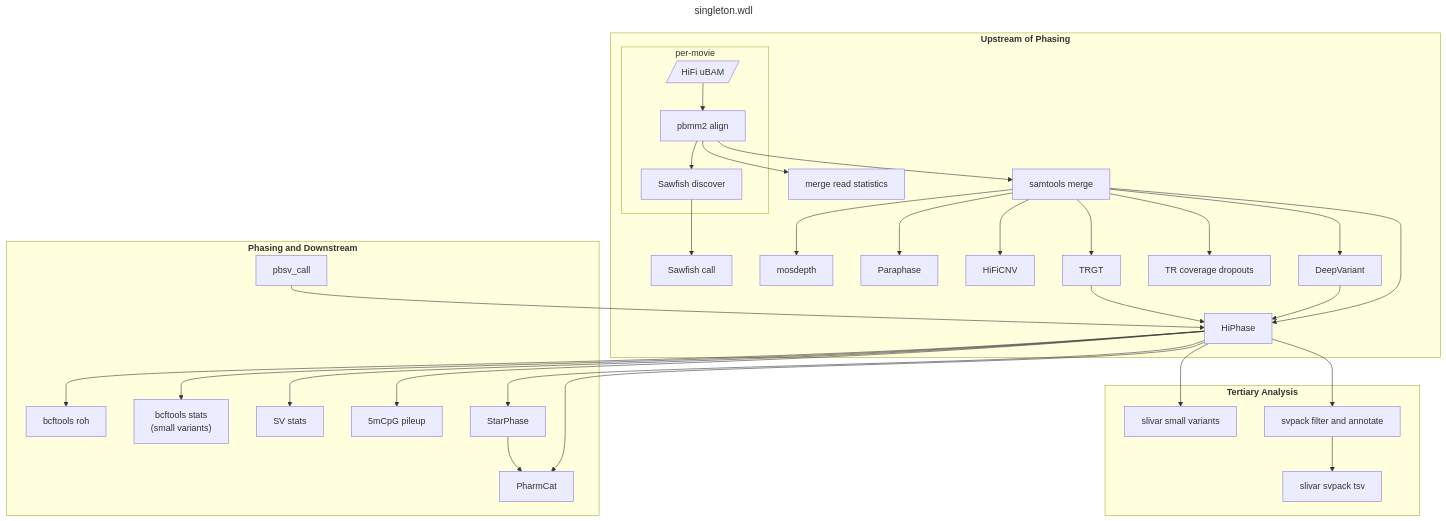
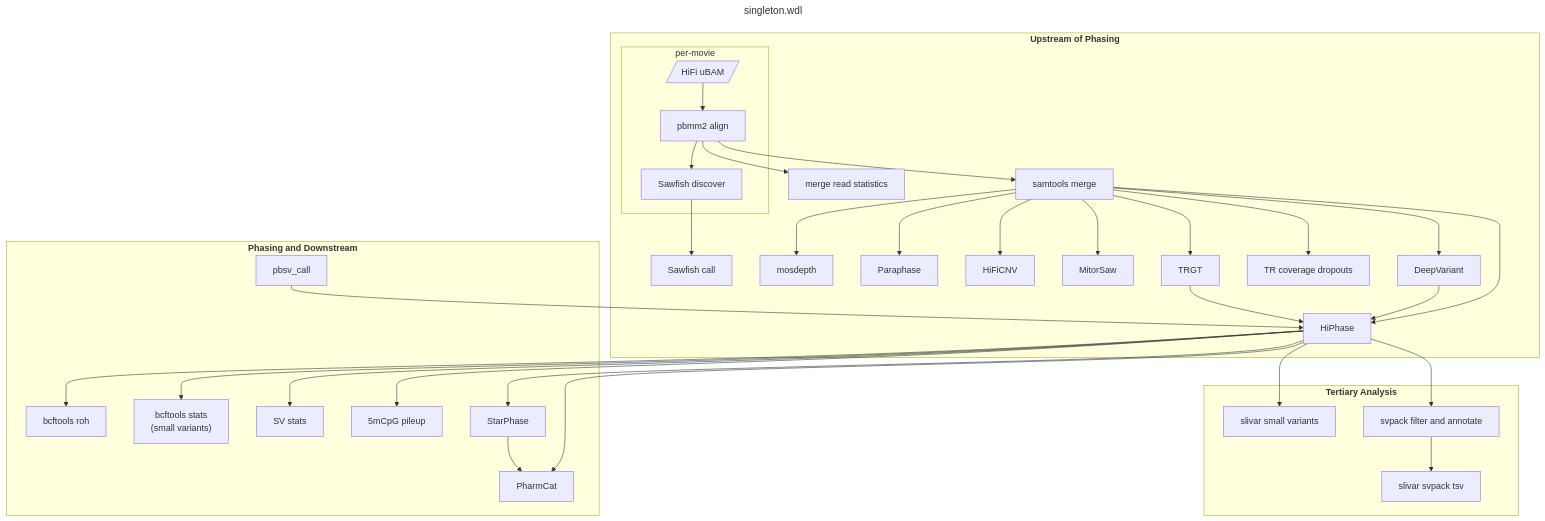
Before and after one commit to PacificBiosciences/HiFi-human-WGS-WDL: the diagram in docs/singleton.md, drawn with Mermaid. The commit also changed other lines of this file and 6 other files, not shown here.

````diff
--- a/docs/singleton.md
+++ b/docs/singleton.md
@@ -20,39 +20,40 @@
 ```mermaid
 ---
 title: singleton.wdl
 ---
 flowchart TD
   subgraph "`**Upstream of Phasing**`"
     subgraph "per-movie"
       ubam[/"HiFi uBAM"/] --> pbmm2_align["pbmm2 align"]
       pbmm2_align --> sawfish_discover["Sawfish discover"]
     end
     pbmm2_align --> merge_read_stats["merge read statistics"]
     pbmm2_align --> samtools_merge["samtools merge"]
     samtools_merge --> mosdepth["mosdepth"]
     samtools_merge --> paraphase["Paraphase"]
     samtools_merge --> hificnv["HiFiCNV"]
+    samtools_merge --> mitorsaw["MitorSaw"]
     samtools_merge --> trgt["TRGT"]
     samtools_merge --> trgt_dropouts["TR coverage dropouts"]
     samtools_merge --> deepvariant["DeepVariant"]
     samtools_merge --> hiphase["HiPhase"]
     sawfish_discover --> sawfish_call["Sawfish call"]
   end
   subgraph "`**Phasing and Downstream**`"
     deepvariant --> hiphase
     trgt --> hiphase
     pbsv_call --> hiphase
     hiphase --> bcftools_roh["bcftools roh"]
     hiphase --> bcftools_stats["bcftools stats\n(small variants)"]
     hiphase --> sv_stats["SV stats"]
     hiphase --> cpg_pileup["5mCpG pileup"]
     hiphase --> starphase["StarPhase"]
     hiphase --> pharmcat["PharmCat"]
     starphase --> pharmcat
   end
   subgraph "`**Tertiary Analysis**`"
     hiphase --> slivar_small_variants["slivar small variants"]
     hiphase --> svpack["svpack filter and annotate"]
     svpack --> slivar_svpack["slivar svpack tsv"]
   end
 ```
````
